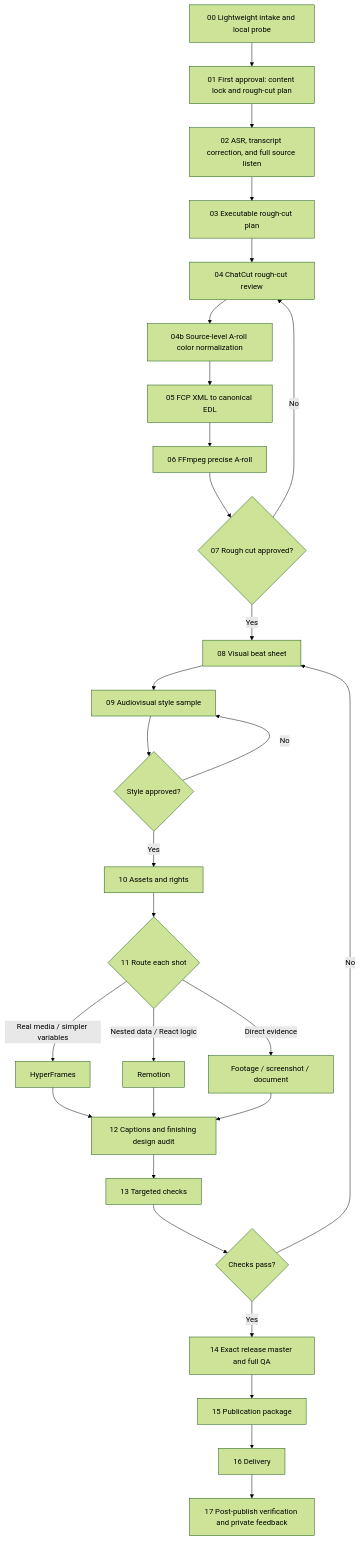
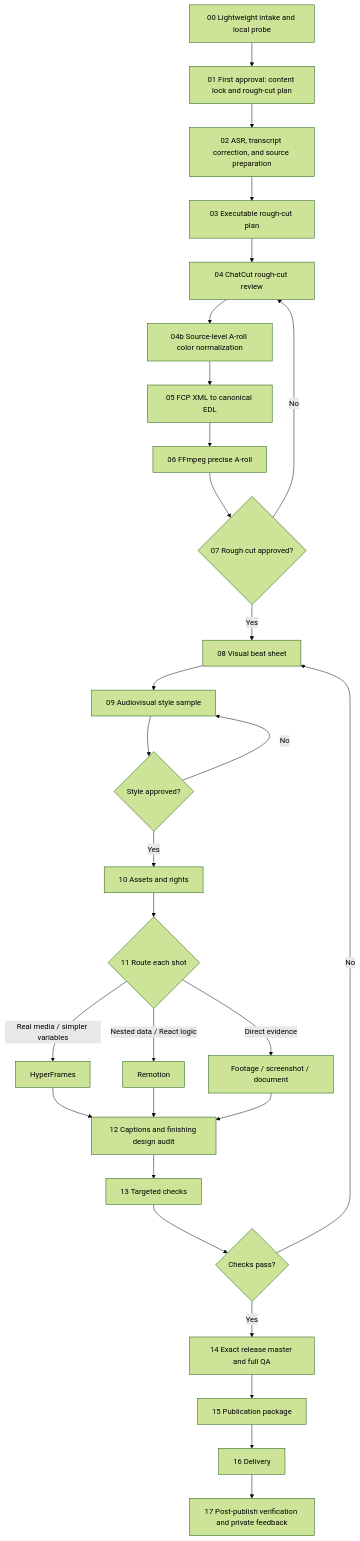
One commit to yomage-ai/ai-video-director-skill changed the diagram in skill/ai-video-director/references/workflow.md. Above: the diagram before and after it, drawn with Mermaid (forest theme). The commit also changed other lines of this file and 39 other files, not shown here.

````diff
--- a/skill/ai-video-director/references/workflow.md
+++ b/skill/ai-video-director/references/workflow.md
@@ -16,31 +18,31 @@
 ```mermaid
 flowchart TD
   A["00 Lightweight intake and local probe"] --> B["01 First approval: content lock and rough-cut plan"]
-  B --> C["02 ASR, transcript correction, and full source listen"]
+  B --> C["02 ASR, transcript correction, and source preparation"]
   C --> D["03 Executable rough-cut plan"]
   D --> E["04 ChatCut rough-cut review"]
   E --> E2["04b Source-level A-roll color normalization"]
   E2 --> F["05 FCP XML to canonical EDL"]
   F --> G["06 FFmpeg precise A-roll"]
   G --> H{"07 Rough cut approved?"}
   H -->|"No"| E
   H -->|"Yes"| I["08 Visual beat sheet"]
   I --> J["09 Audiovisual style sample"]
   J --> K{"Style approved?"}
   K -->|"No"| J
   K -->|"Yes"| L["10 Assets and rights"]
   L --> M{"11 Route each shot"}
   M -->|"Real media / simpler variables"| N["HyperFrames"]
   M -->|"Nested data / React logic"| O["Remotion"]
   M -->|"Direct evidence"| P["Footage / screenshot / document"]
   N --> Q["12 Captions and finishing design audit"]
   O --> Q
   P --> Q
   Q --> R["13 Targeted checks"]
   R --> S{"Checks pass?"}
   S -->|"No"| I
   S -->|"Yes"| T["14 Exact release master and full QA"]
   T --> U["15 Publication package"]
   U --> V["16 Delivery"]
   V --> W["17 Post-publish verification and private feedback"]
 ```
````
